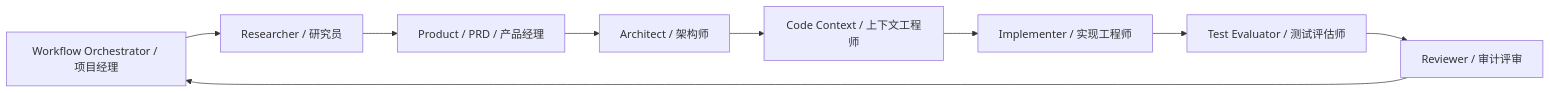
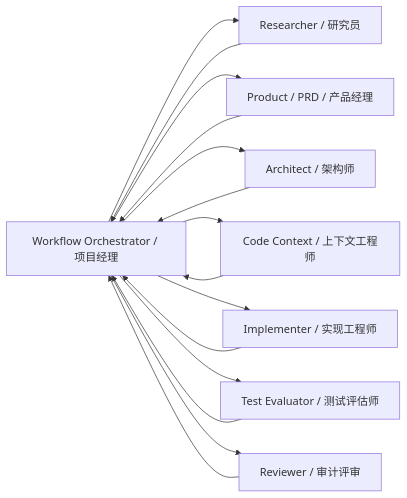
One commit to Deepleaper/Code-role changed the diagram in README.md. Above: the diagram before and after it, drawn with Mermaid. The commit also changed other lines of this file and 1 other file, not shown here.

Commit message:
Fix workflow diagram routing through orchestrator

````diff
--- a/README.md
+++ b/README.md
@@ -194,13 +194,26 @@
 ```mermaid
 flowchart LR
   O["Workflow Orchestrator / 项目经理"]
   R["Researcher / 研究员"]
   P["Product / PRD / 产品经理"]
   A["Architect / 架构师"]
   C["Code Context / 上下文工程师"]
   I["Implementer / 实现工程师"]
   T["Test Evaluator / 测试评估师"]
   V["Reviewer / 审计评审"]
 
-  O --> R --> P --> A --> C --> I --> T --> V --> O
+  O --> R
+  R --> O
+  O --> P
+  P --> O
+  O --> A
+  A --> O
+  O --> C
+  C --> O
+  O --> I
+  I --> O
+  O --> T
+  T --> O
+  O --> V
+  V --> O
 ```
````
